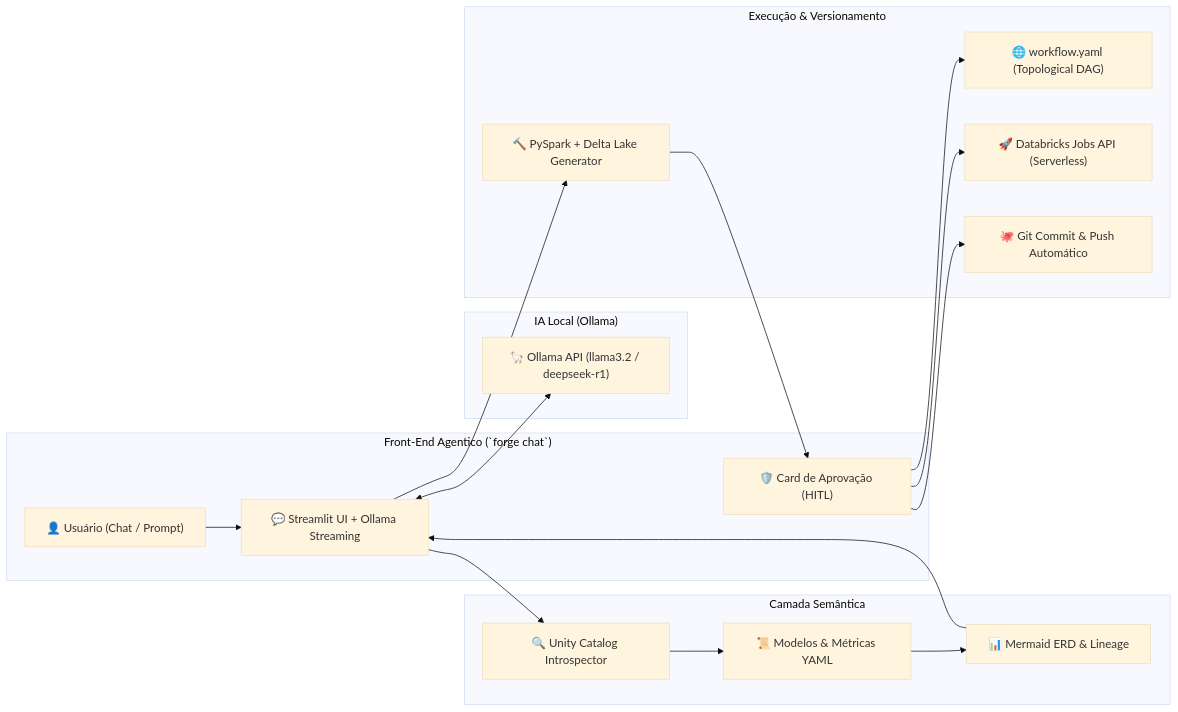
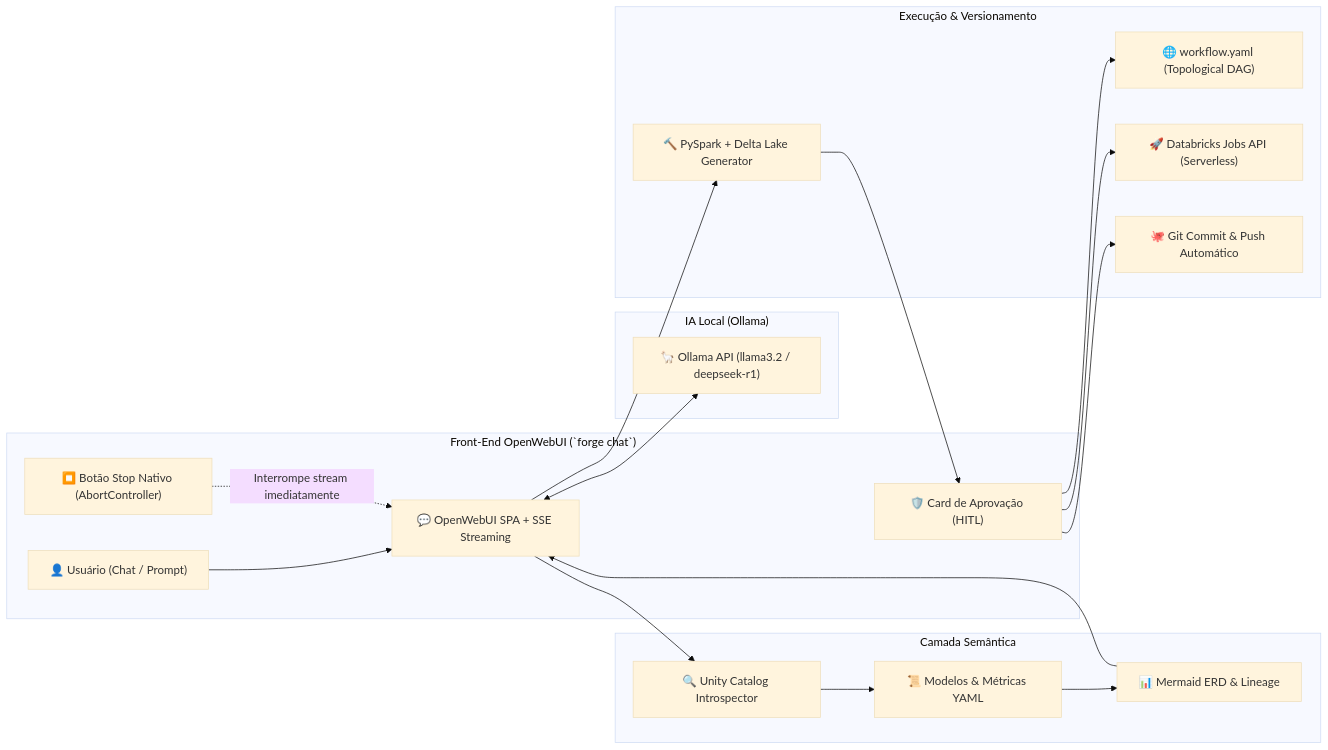
One commit to Helfstein-one/databricks-forge-cli changed the diagram in README.md. Above: the diagram before and after it, drawn with Mermaid (base theme). The commit also changed other lines of this file and 12 other files, not shown here.

Commit message:
feat: replace streamlit with OpenWebUI architecture, FastAPI SSE backend, and native stop button

````diff
--- a/README.md
+++ b/README.md
@@ -289,37 +289,39 @@
 ```mermaid
 graph LR
-    subgraph UI["Front-End Agentico (`forge chat`)"]
+    subgraph UI["Front-End OpenWebUI (`forge chat`)"]
         User["👤 Usuário (Chat / Prompt)"]
-        StreamlitUI["💬 Streamlit UI + Ollama Streaming"]
+        ChatUI["💬 OpenWebUI SPA + SSE Streaming"]
+        StopBtn["⏹️ Botão Stop Nativo (AbortController)"]
         ApprovalCard["🛡️ Card de Aprovação (HITL)"]
     end
 
     subgraph LLM["IA Local (Ollama)"]
         OllamaEngine["🦙 Ollama API (llama3.2 / deepseek-r1)"]
     end
 
     subgraph SEM["Camada Semântica"]
         UCIntrospect["🔍 Unity Catalog Introspector"]
         SemanticReg["📜 Modelos & Métricas YAML"]
         MermaidGen["📊 Mermaid ERD & Lineage"]
     end
 
     subgraph PROD["Execução & Versionamento"]
         PySparkGen["🔨 PySpark + Delta Lake Generator"]
         DAGUpd["🌐 workflow.yaml (Topological DAG)"]
         DatabricksRun["🚀 Databricks Jobs API (Serverless)"]
         GitHubPush["🐙 Git Commit & Push Automático"]
     end
 
-    User --> StreamlitUI
-    StreamlitUI <--> OllamaEngine
-    StreamlitUI --> UCIntrospect
+    User --> ChatUI
+    ChatUI <--> OllamaEngine
+    StopBtn -.->|Interrompe stream imediatamente| ChatUI
+    ChatUI --> UCIntrospect
     UCIntrospect --> SemanticReg
     SemanticReg --> MermaidGen
-    MermaidGen --> StreamlitUI
-    StreamlitUI --> PySparkGen
+    MermaidGen --> ChatUI
+    ChatUI --> PySparkGen
     PySparkGen --> ApprovalCard
     ApprovalCard --> DAGUpd
     ApprovalCard --> DatabricksRun
     ApprovalCard --> GitHubPush
 ```
````
